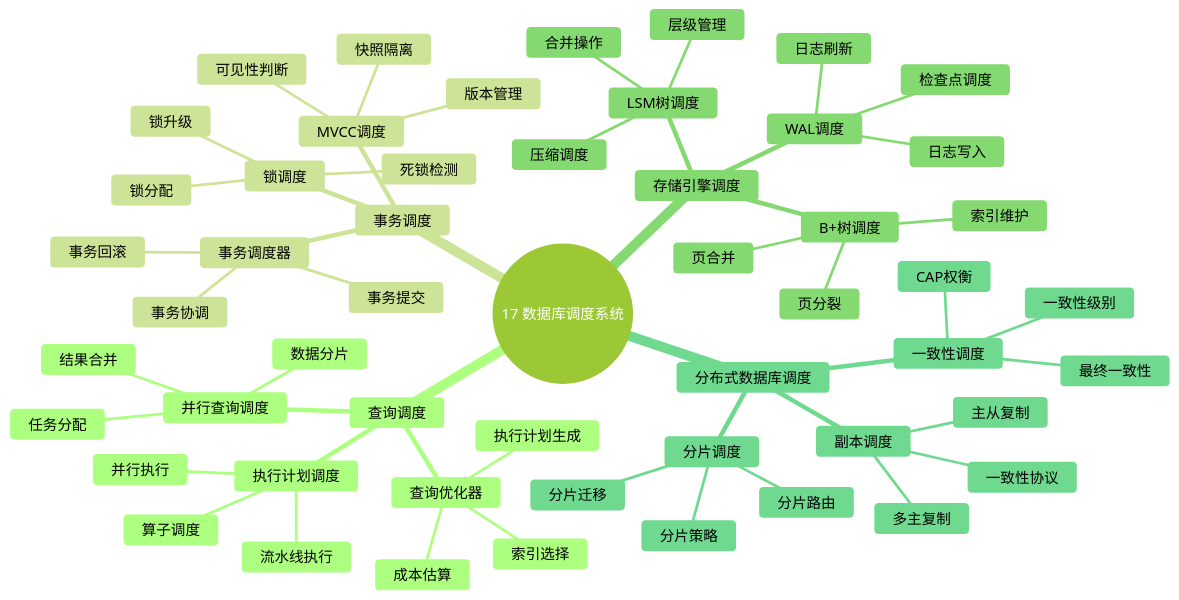
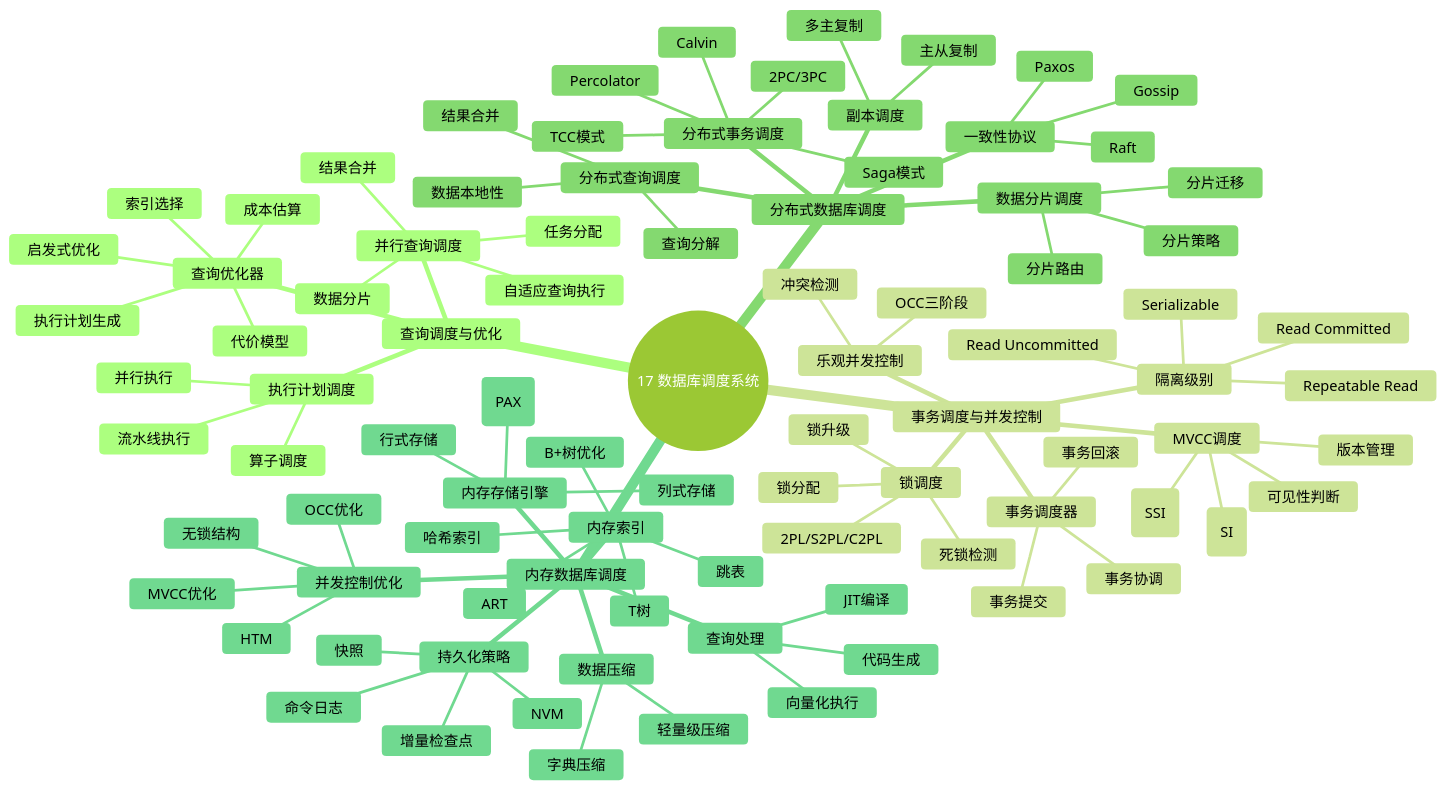
The diagram in Composed/schedule_formal_view/17_数据库调度系统/README.md (AdaMartin18010/FormalScience), drawn with Mermaid (forest theme) before and after one commit. The commit also changed other lines of this file and 78 other files, not shown here.

````diff
--- a/Composed/schedule_formal_view/17_数据库调度系统/README.md
+++ b/Composed/schedule_formal_view/17_数据库调度系统/README.md
@@ -27,11 +27,13 @@
 ```mermaid
 mindmap
   root((17 数据库调度系统))
-    查询调度
+    查询调度与优化
       查询优化器
         执行计划生成
         成本估算
         索引选择
+        代价模型
+        启发式优化
       执行计划调度
         算子调度
         并行执行
@@ -40,43 +42,78 @@
         数据分片
         任务分配
         结果合并
-    事务调度
+        自适应查询执行
+    事务调度与并发控制
       事务调度器
         事务提交
         事务回滚
         事务协调
       锁调度
+        2PL/S2PL/C2PL
         锁分配
         死锁检测
         锁升级
       MVCC调度
         版本管理
-        快照隔离
+        快照隔离(SI)
+        可串行化快照隔离(SSI)
         可见性判断
-    存储引擎调度
-      B+树调度
-        索引维护
-        页分裂
-        页合并
-      LSM树调度
-        合并操作
-        压缩调度
-        层级管理
-      WAL调度
-        日志写入
-        日志刷新
-        检查点调度
+      乐观并发控制
+        OCC三阶段
+        冲突检测
+      隔离级别
+        Read Uncommitted
+        Read Committed
+        Repeatable Read
+        Serializable
     分布式数据库调度
-      分片调度
+      分布式查询调度
+        查询分解
+        数据本地性
+        结果合并
+      分布式事务调度
+        2PC/3PC
+        Saga模式
+        TCC模式
+        Percolator
+        Calvin
+      数据分片调度
         分片策略
         分片路由
         分片迁移
+      一致性协议
+        Paxos
+        Raft
+        Gossip
       副本调度
         主从复制
         多主复制
-        一致性协议
-      一致性调度
-        CAP权衡
-        一致性级别
-        最终一致性
+    内存数据库调度
+      内存存储引擎
+        行式存储
+        列式存储
+        混合存储(PAX)
+      内存索引
+        B+树优化
+        T树
+        哈希索引
+        跳表
+        ART
+      并发控制优化
+        无锁结构
+        OCC优化
+        MVCC优化
+        HTM
+      持久化策略
+        命令日志
+        快照
+        增量检查点
+        NVM
+      数据压缩
+        字典压缩
+        轻量级压缩
+      查询处理
+        向量化执行
+        JIT编译
+        代码生成
 ```
````
